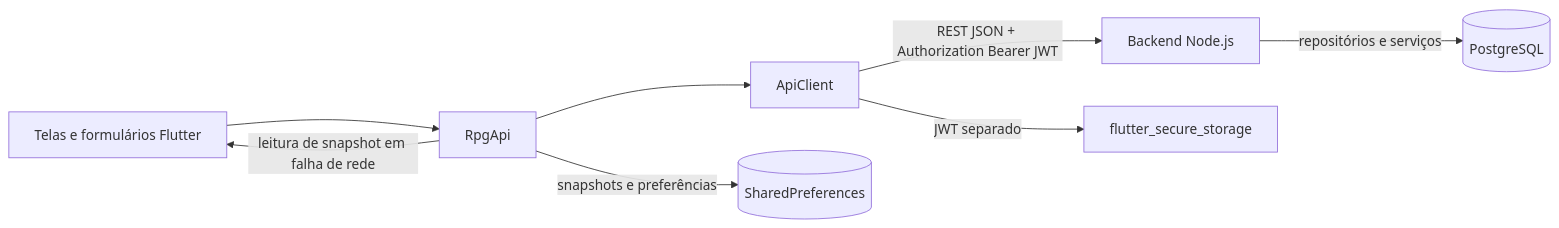
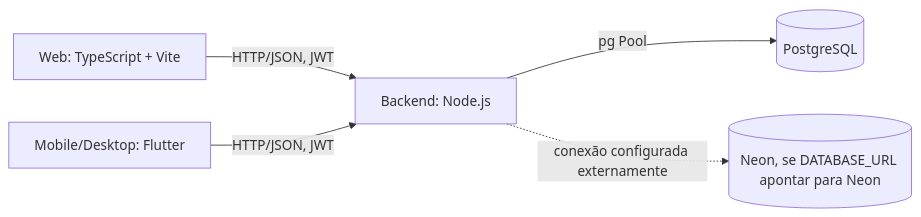
The diagram in README.md (pedroluiz1plmo/Projeto_DevSisWeb), drawn with Mermaid before and after one commit. The commit also changed other lines of this file, not shown here.

````diff
--- a/README.md
+++ b/README.md
@@ -212,10 +70,7 @@
 ```mermaid
 flowchart LR
-  UI[Telas e formulários Flutter] --> API[RpgApi]
-  API --> CLIENT[ApiClient]
-  CLIENT -->|REST JSON + Authorization Bearer JWT| BACKEND[Backend Node.js]
-  BACKEND -->|repositórios e serviços| PG[(PostgreSQL)]
-  API -->|snapshots e preferências| PREFS[(SharedPreferences)]
-  CLIENT -->|JWT separado| SECURE[flutter_secure_storage]
-  API -->|leitura de snapshot em falha de rede| UI
+  WEB[Web: TypeScript + Vite] -->|HTTP/JSON, JWT| API[Backend: Node.js]
+  MOBILE[Mobile/Desktop: Flutter] -->|HTTP/JSON, JWT| API
+  API -->|pg Pool| DB[(PostgreSQL)]
+  API -. conexão configurada externamente .-> NEON[(Neon, se DATABASE_URL apontar para Neon)]
 ```
````
